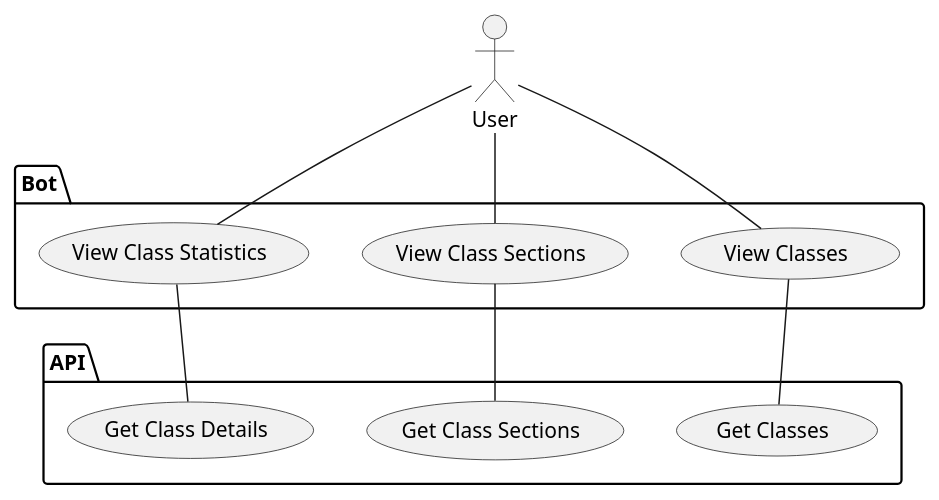
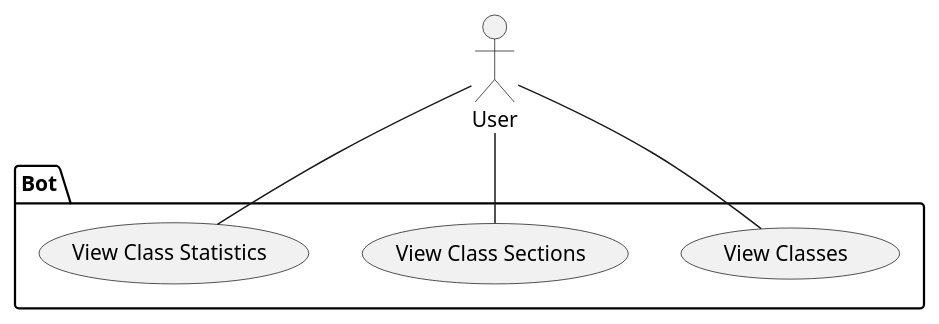
The diagram in UML/use-case.plantuml (nick-elpedes/tsp7-mtu-courses-bot), drawn with PlantUML before and after one commit.

Commit message:
Updated Use Case to match Sprint 1 Feedback

```diff
--- a/UML/use-case.plantuml
+++ b/UML/use-case.plantuml
@@ -1,21 +1,11 @@
 @startuml
 Actor User as usr
 Package Bot {
   usecase "View Classes" as vcl
   usecase "View Class Sections" as vcs
   usecase "View Class Statistics" as vct
 }
-Package API {
-  usecase "Get Classes" as gcl
-  usecase "Get Class Sections" as gcs
-  usecase "Get Class Details" as gcd
-}
-
 usr -- vcl
 usr -- vcs
 usr -- vct
-
-vcl -- gcl
-vcs -- gcs
-vct -- gcd
 @enduml
```
